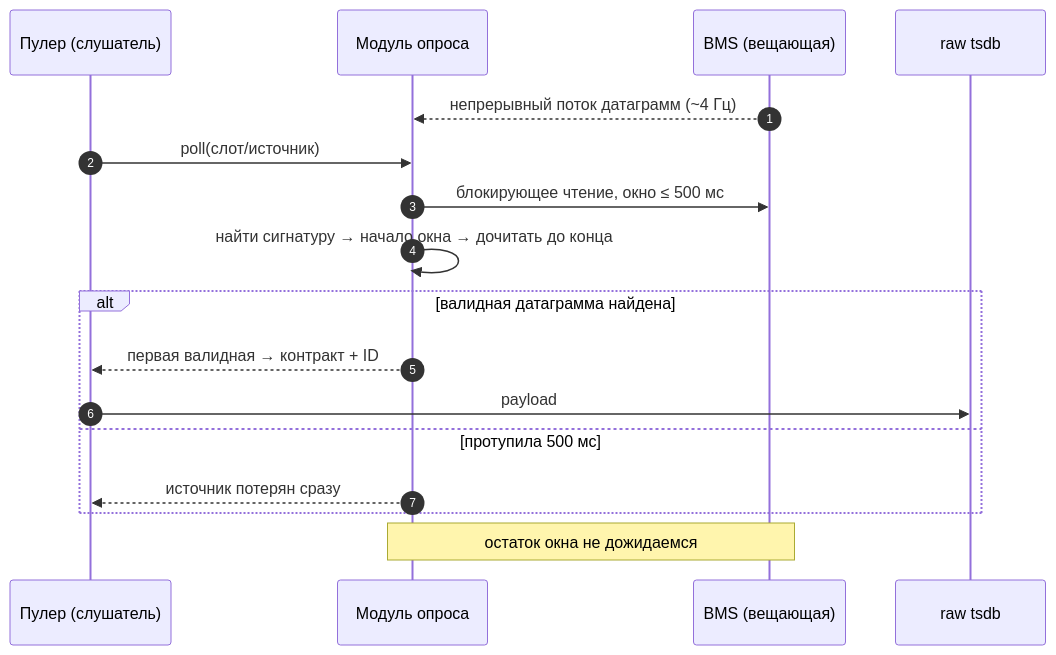
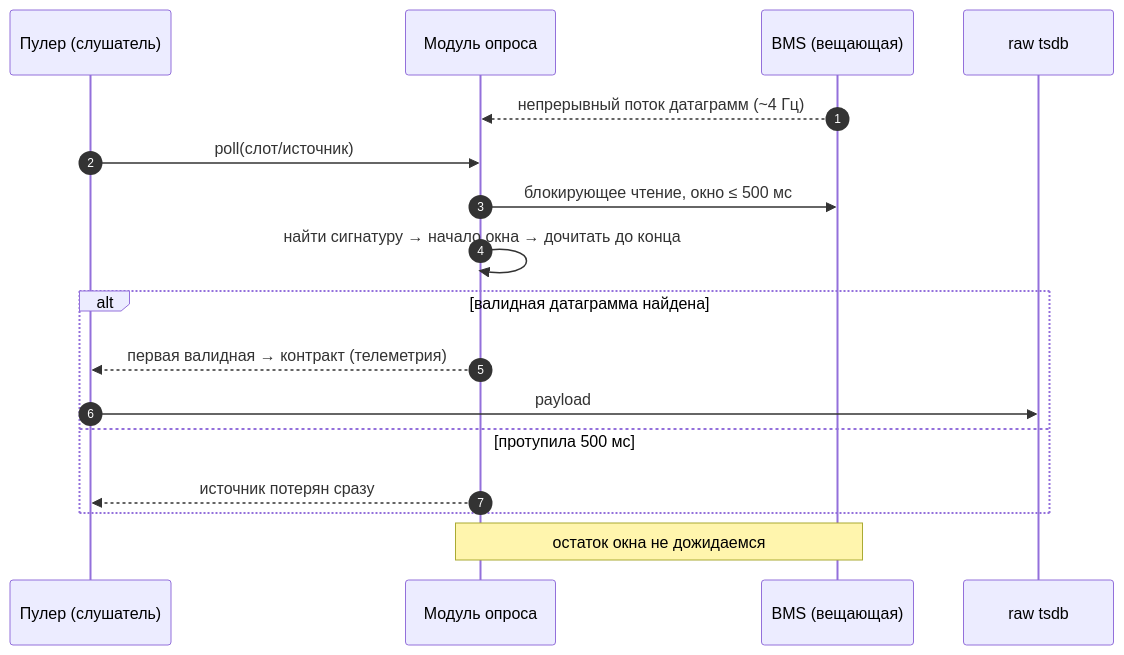
One commit to galiy/malina-26 changed the fifth of 11 diagrams in docs/bms-reader-arch.md. Above: the diagram before and after it, drawn with Mermaid. The commit also changed other lines of this file and 37 other files, not shown here.

````diff
--- a/docs/bms-reader-arch.md
+++ b/docs/bms-reader-arch.md
@@ -281,20 +266,20 @@
 ```mermaid
 sequenceDiagram
   autonumber
   participant PL as Пулер (слушатель)
   participant M as Модуль опроса
   participant B as BMS (вещающая)
   participant RAW as raw tsdb
 
   B-->>M: непрерывный поток датаграмм (~4 Гц)
   PL->>M: poll(слот/источник)
   M->>B: блокирующее чтение, окно ≤ 500 мс
   M->>M: найти сигнатуру → начало окна → дочитать до конца
   alt валидная датаграмма найдена
-    M-->>PL: первая валидная → контракт + ID
+    M-->>PL: первая валидная → контракт (телеметрия)
     PL->>RAW: payload
   else протупила 500 мс
     M-->>PL: источник потерян сразу
   end
   Note over M,B: остаток окна не дожидаемся
 ```
````
